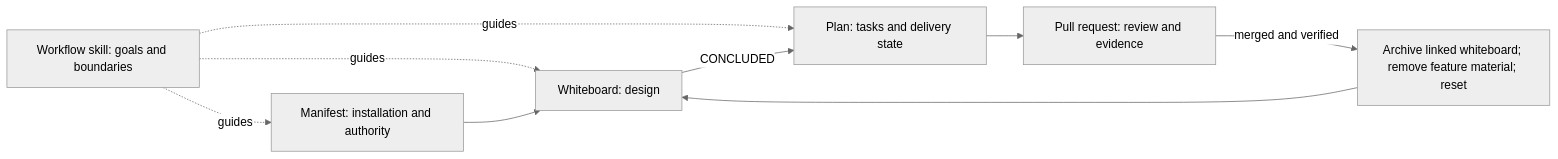
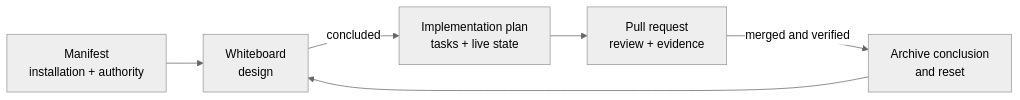
One commit to hhhhhusky777/spec-driven-delivery-playbook changed the second of 10 diagrams in README.md. Above: the diagram before and after it, drawn with Mermaid (neutral theme). The commit also changed other lines of this file and 3 other files, not shown here.

````diff
--- a/README.md
+++ b/README.md
@@ -40,11 +120,8 @@
 ```mermaid
 flowchart LR
-    S["Workflow skill: goals and boundaries"] -. guides .-> M["Manifest: installation and authority"]
-    S -. guides .-> W["Whiteboard: design"]
-    S -. guides .-> P["Plan: tasks and delivery state"]
-    M --> W
-    W -->|"CONCLUDED"| P
-    P --> R["Pull request: review and evidence"]
-    R -->|"merged and verified"| C["Archive linked whiteboard; remove feature material; reset"]
+    M["Manifest<br/>installation + authority"] --> W["Whiteboard<br/>design"]
+    W -->|"concluded"| P["Implementation plan<br/>tasks + live state"]
+    P --> PR["Pull request<br/>review + evidence"]
+    PR -->|"merged and verified"| C["Archive conclusion<br/>and reset"]
     C --> W
 ```
````
